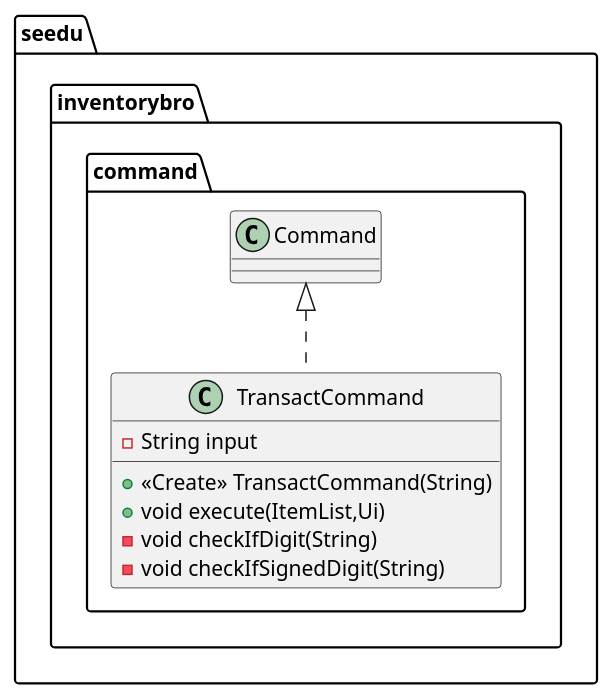
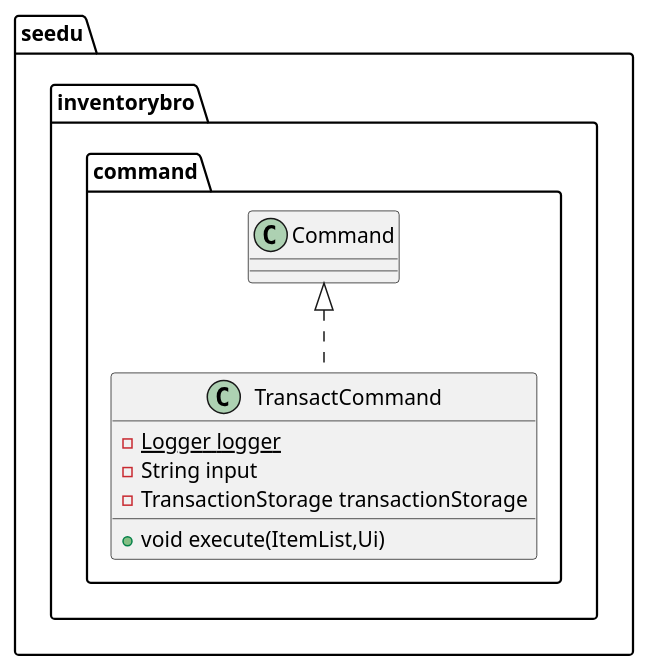
One commit to fmohamedfaras/tp changed the diagram in docs/TransactCommand.puml. Above: the diagram before and after it, drawn with PlantUML. The commit also changed 3 other files, not shown here.

Commit message:
Standardise Naming for ShowTransactionHistoryCommand

```diff
--- a/docs/TransactCommand.puml
+++ b/docs/TransactCommand.puml
@@ -1,14 +1,13 @@
 @startuml
 class seedu.inventorybro.command.TransactCommand {
+- {static} Logger logger
 - String input
-+ <<Create>> TransactCommand(String)
+- TransactionStorage transactionStorage
 + void execute(ItemList,Ui)
-- void checkIfDigit(String)
-- void checkIfSignedDigit(String)
 }
 
 
 
 
 seedu.inventorybro.command.Command <|.. seedu.inventorybro.command.TransactCommand
 @enduml
```
